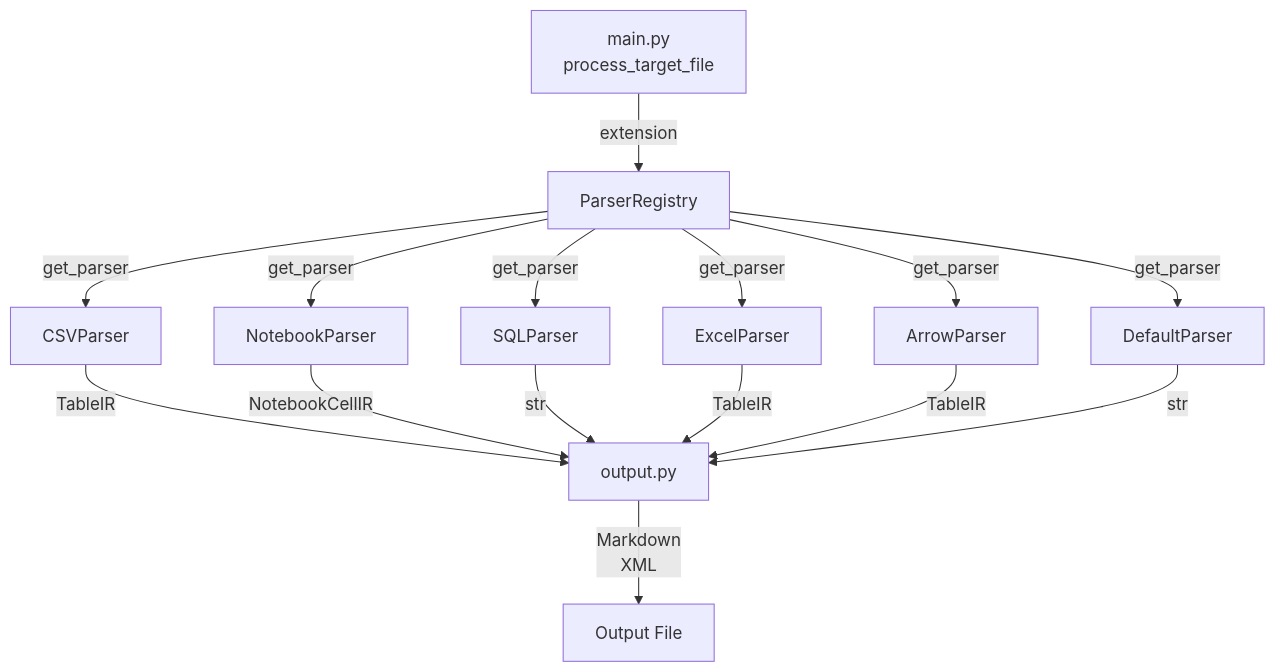
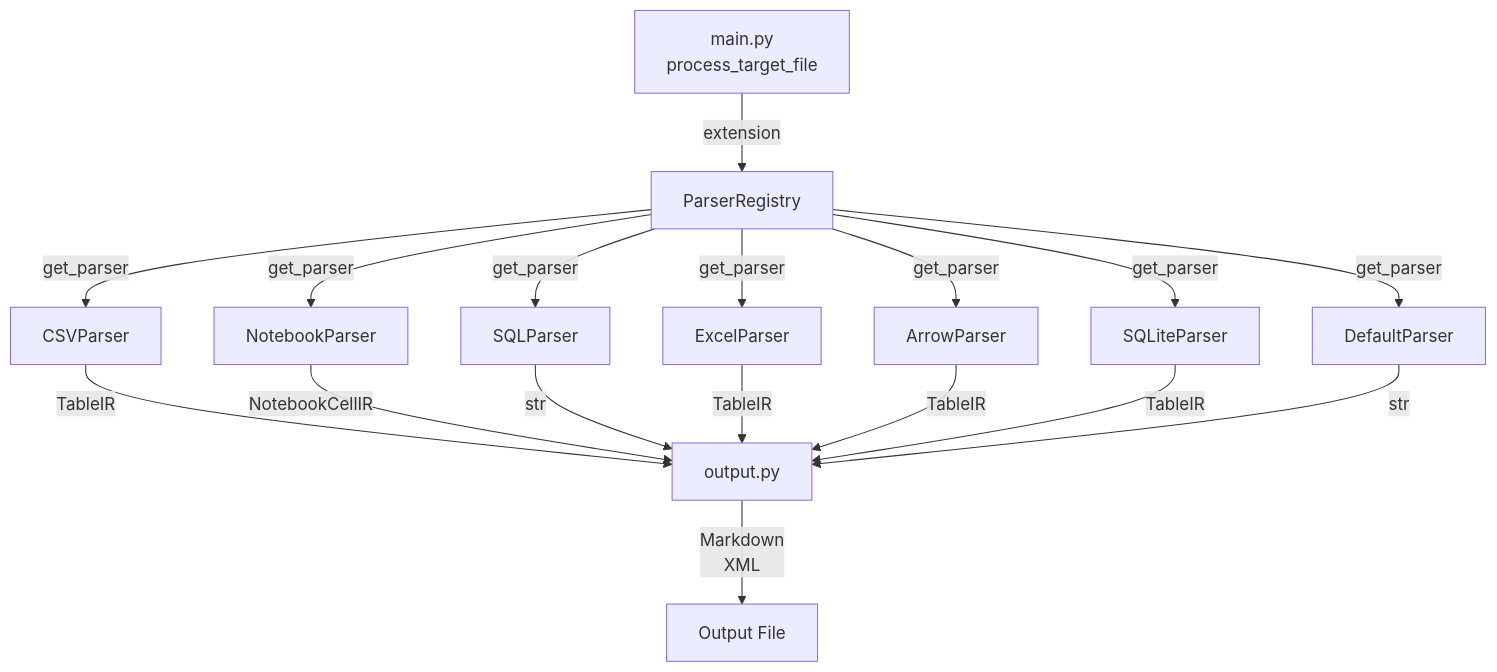
The diagram in docs/parsers.md (arianmokhtariha/data2prompt), drawn with Mermaid before and after one commit. The commit also changed other lines of this file and 16 other files, not shown here.

````diff
--- a/docs/parsers.md
+++ b/docs/parsers.md
@@ -7,19 +7,21 @@
 ```mermaid
 graph TD
     Main[main.py<br/>process_target_file] -->|extension| Registry[ParserRegistry]
     Registry -->|get_parser| CSVParser[CSVParser]
     Registry -->|get_parser| NotebookParser[NotebookParser]
     Registry -->|get_parser| SQLParser[SQLParser]
     Registry -->|get_parser| ExcelParser[ExcelParser]
     Registry -->|get_parser| ArrowParser[ArrowParser]
+    Registry -->|get_parser| SQLiteParser[SQLiteParser]
     Registry -->|get_parser| DefaultParser[DefaultParser]
     
     CSVParser -->|TableIR| Output[output.py]
     NotebookParser -->|NotebookCellIR| Output
     SQLParser -->|str| Output
     ExcelParser -->|TableIR| Output
     ArrowParser -->|TableIR| Output
+    SQLiteParser -->|TableIR| Output
     DefaultParser -->|str| Output
     
     Output -->|Markdown<br/>XML| File[Output File]
 ```
````
